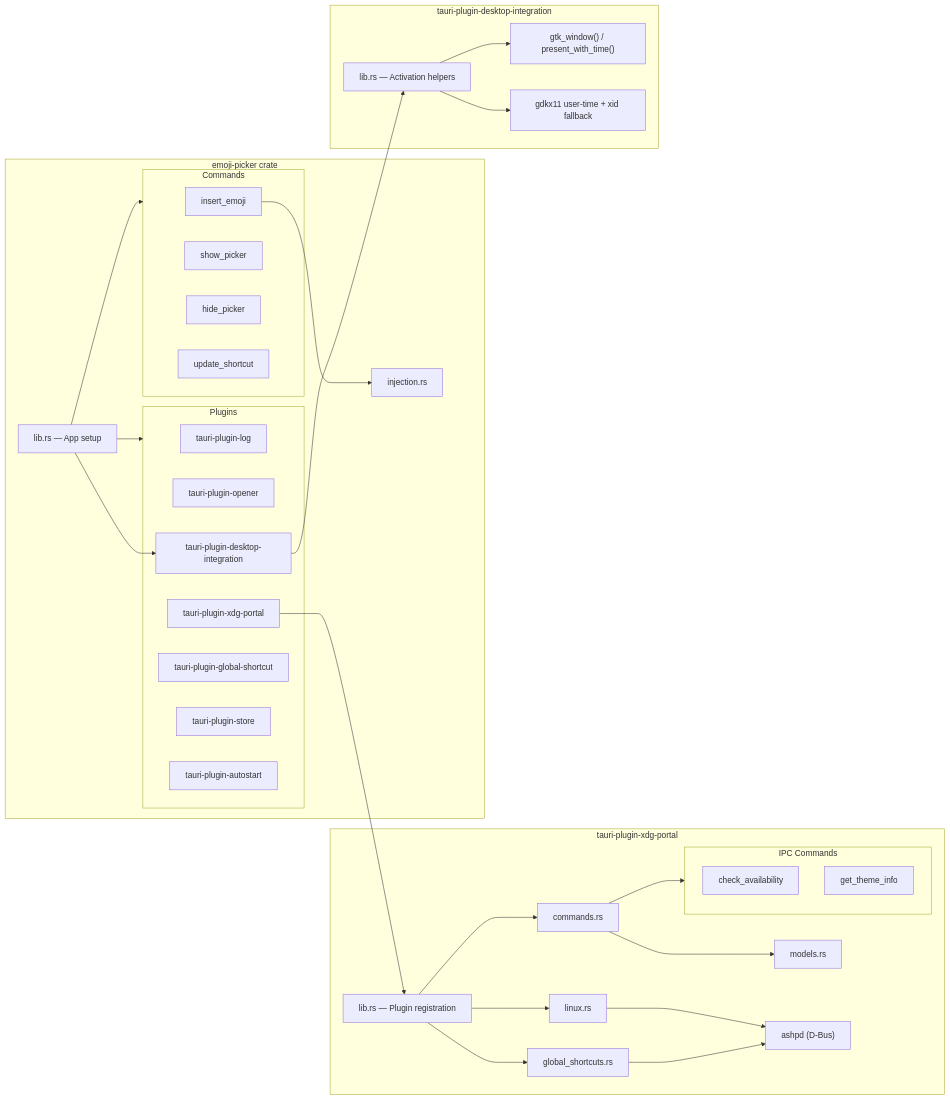
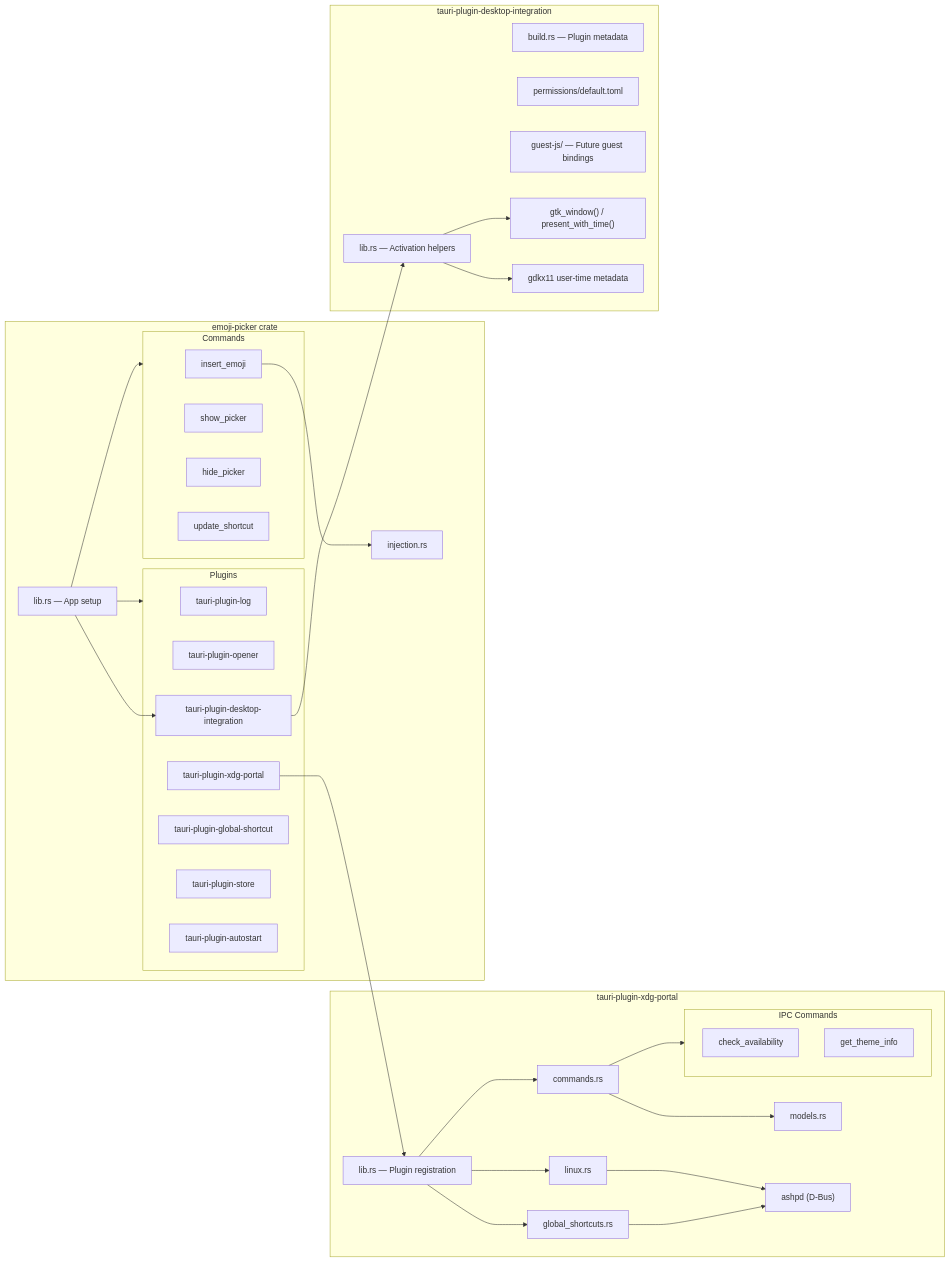
One commit to liminal-hq/emoji-nook changed the third of 10 diagrams in docs/architecture.md. Above: the diagram before and after it, drawn with Mermaid. The commit also changed other lines of this file and 13 other files, not shown here.

First line of the commit message:
fix: scaffold the desktop integration plugin properly

````diff
--- a/docs/architecture.md
+++ b/docs/architecture.md
@@ -124,55 +126,58 @@
 ```mermaid
 graph LR
     subgraph AppCrate["emoji-picker crate"]
         Lib["lib.rs — App setup"]
         Injection["injection.rs"]
         Lib --> Plugins
         Lib --> Commands
 
         subgraph Plugins
             Log["tauri-plugin-log"]
             Opener["tauri-plugin-opener"]
             Desktop["tauri-plugin-desktop-integration"]
             XDG["tauri-plugin-xdg-portal"]
             GlobalSC["tauri-plugin-global-shortcut"]
             StorePlugin["tauri-plugin-store"]
             Autostart["tauri-plugin-autostart"]
         end
 
         subgraph Commands
             InsertEmoji["insert_emoji"]
             ShowPicker["show_picker"]
             HidePicker["hide_picker"]
             UpdateShortcut["update_shortcut"]
         end
 
         InsertEmoji --> Injection
         Lib --> Desktop
     end
 
     subgraph PortalPlugin["tauri-plugin-xdg-portal"]
         PluginLib["lib.rs — Plugin registration"]
         PluginLib --> Cmds["commands.rs"]
         PluginLib --> Linux["linux.rs"]
         PluginLib --> Shortcuts["global_shortcuts.rs"]
         Cmds --> Models["models.rs"]
         Linux --> ASHPD["ashpd (D-Bus)"]
         Shortcuts --> ASHPD
 
         subgraph PortalCommands["IPC Commands"]
             CheckAvail["check_availability"]
             GetTheme["get_theme_info"]
         end
 
         Cmds --> PortalCommands
     end
 
     subgraph DesktopPlugin["tauri-plugin-desktop-integration"]
         DesktopLib["lib.rs — Activation helpers"]
+        DesktopBuild["build.rs — Plugin metadata"]
+        DesktopPerms["permissions/default.toml"]
+        DesktopGuest["guest-js/ — Future guest bindings"]
         DesktopLib --> GTK["gtk_window() / present_with_time()"]
-        DesktopLib --> X11["gdkx11 user-time + xid fallback"]
+        DesktopLib --> X11["gdkx11 user-time metadata"]
     end
 
     XDG --> PluginLib
     Desktop --> DesktopLib
 ```
````
